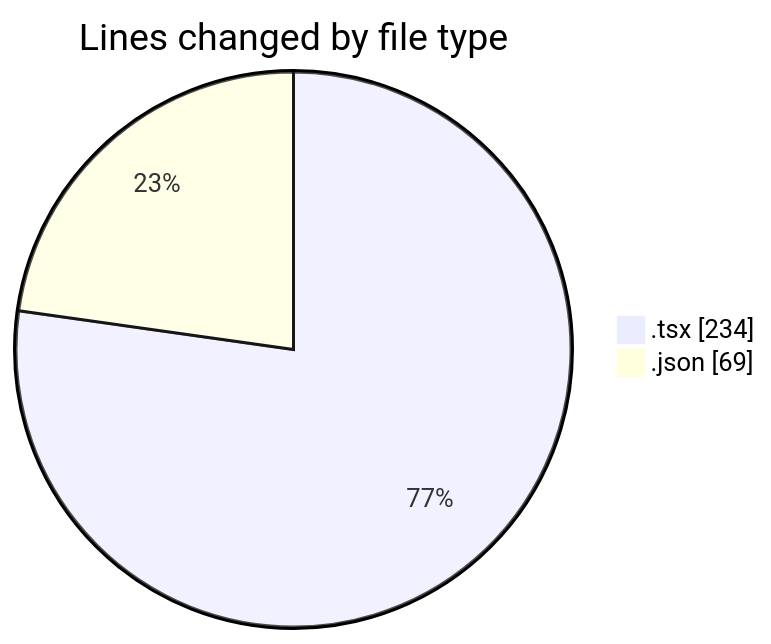
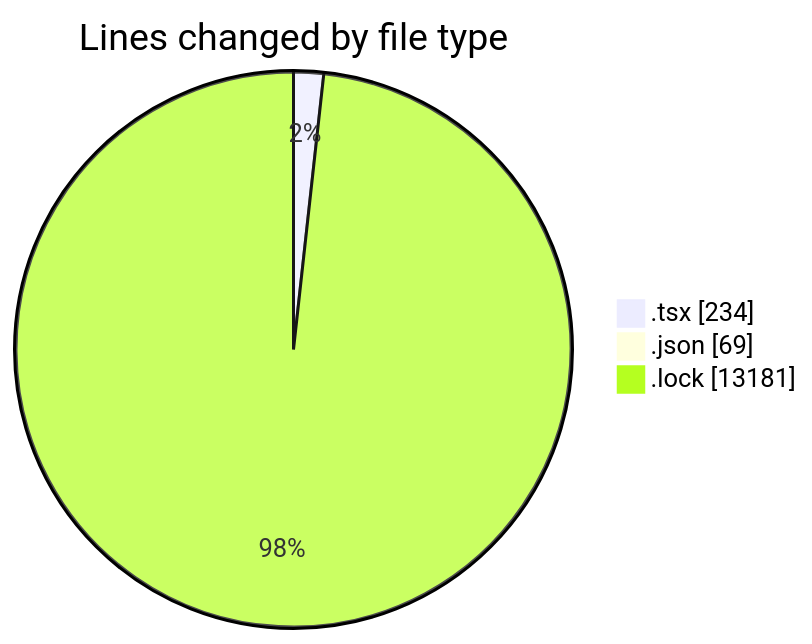
Before and after one commit to momahboobian/code-tracking: the first of 2 diagrams in 2025-03-10/cda/README.md, drawn with Mermaid. The commit also changed other lines of this file and 1 other file, not shown here.

````diff
--- a/2025-03-10/cda/README.md
+++ b/2025-03-10/cda/README.md
@@ -21,6 +22,7 @@
 ```mermaid
 pie showData
 title Lines changed by file type
 ".tsx" : 234
 ".json" : 69
+".lock" : 13181
 ```
````
